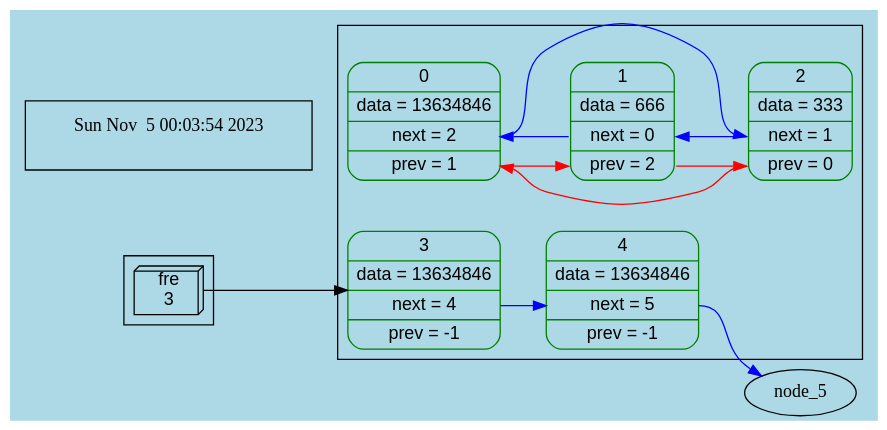
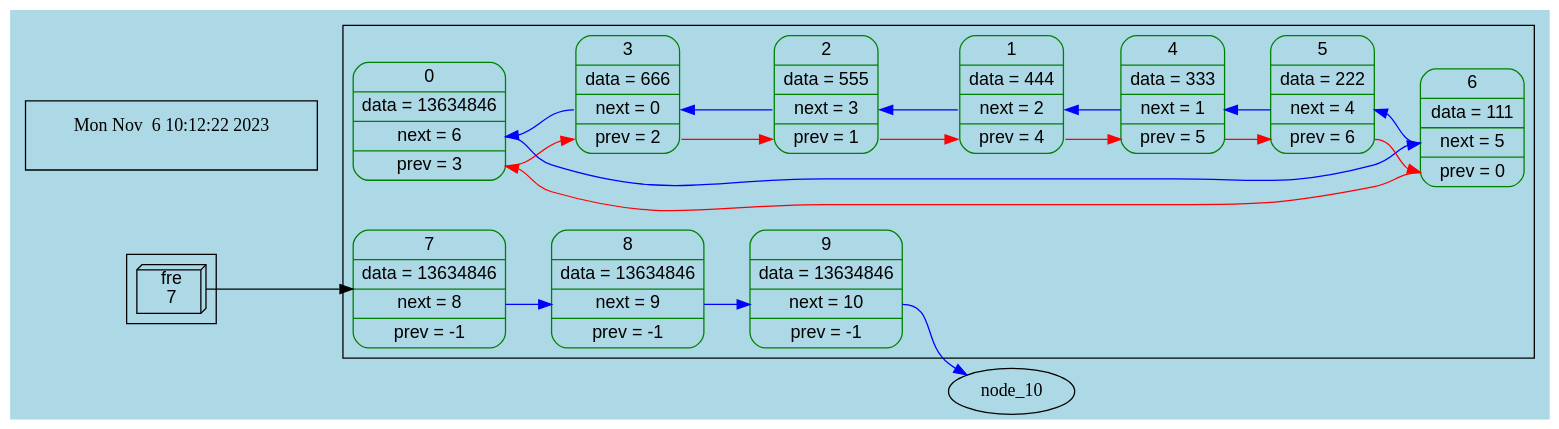
Before and after one commit to UjeNeTORT/HashFriendlyList: the diagram in graph.dot, drawn with Graphviz. The commit also changed 5 other files, not shown here.

```diff
--- a/graph.dot
+++ b/graph.dot
@@ -1,38 +1,62 @@
 digraph list_1681692777 {
 rankdir = LR
 subgraph cluster_nodes_846930886 {
     node_0 [fontname="Helvetica, Arial, sans-serif"style=rounded
 color = green
- shape = record, label = " 0 | data = 13634846 | <fnext> next = 2 | <fprev> prev = 1 "];
+ shape = record, label = " 0 | data = 13634846 | <fnext> next = 6 | <fprev> prev = 3 "];
     node_1 [fontname="Helvetica, Arial, sans-serif"style=rounded
 color = green
- shape = record, label = " 1 | data = 666 | <fnext> next = 0 | <fprev> prev = 2 "];
+ shape = record, label = " 1 | data = 444 | <fnext> next = 2 | <fprev> prev = 4 "];
     node_2 [fontname="Helvetica, Arial, sans-serif"style=rounded
 color = green
- shape = record, label = " 2 | data = 333 | <fnext> next = 1 | <fprev> prev = 0 "];
+ shape = record, label = " 2 | data = 555 | <fnext> next = 3 | <fprev> prev = 1 "];
     node_3 [fontname="Helvetica, Arial, sans-serif"style=rounded
 color = green
- shape = record, label = " 3 | data = 13634846 | <fnext> next = 4 | <fprev> prev = -1 "];
+ shape = record, label = " 3 | data = 666 | <fnext> next = 0 | <fprev> prev = 2 "];
     node_4 [fontname="Helvetica, Arial, sans-serif"style=rounded
 color = green
- shape = record, label = " 4 | data = 13634846 | <fnext> next = 5 | <fprev> prev = -1 "];
+ shape = record, label = " 4 | data = 333 | <fnext> next = 1 | <fprev> prev = 5 "];
+    node_5 [fontname="Helvetica, Arial, sans-serif"style=rounded
+color = green
+ shape = record, label = " 5 | data = 222 | <fnext> next = 4 | <fprev> prev = 6 "];
+    node_6 [fontname="Helvetica, Arial, sans-serif"style=rounded
+color = green
+ shape = record, label = " 6 | data = 111 | <fnext> next = 5 | <fprev> prev = 0 "];
+    node_7 [fontname="Helvetica, Arial, sans-serif"style=rounded
+color = green
+ shape = record, label = " 7 | data = 13634846 | <fnext> next = 8 | <fprev> prev = -1 "];
+    node_8 [fontname="Helvetica, Arial, sans-serif"style=rounded
+color = green
+ shape = record, label = " 8 | data = 13634846 | <fnext> next = 9 | <fprev> prev = -1 "];
+    node_9 [fontname="Helvetica, Arial, sans-serif"style=rounded
+color = green
+ shape = record, label = " 9 | data = 13634846 | <fnext> next = 10 | <fprev> prev = -1 "];
 }
-val_fre -> node_3;
-node_0: <fnext> -> node_2: <fnext> [color = blue];
-node_1: <fnext> -> node_0: <fnext> [color = blue];
-node_2: <fnext> -> node_1: <fnext> [color = blue];
-node_3: <fnext> -> node_4: <fnext> [color = blue];
-node_4: <fnext> -> node_5: <fnext> [color = blue];
-node_0: <fprev> -> node_1: <fprev> [color = red];
-node_1: <fprev> -> node_2: <fprev> [color = red];
-node_2: <fprev> -> node_0: <fprev> [color = red];
+val_fre -> node_7;
+node_0: <fnext> -> node_6: <fnext> [color = blue];
+node_1: <fnext> -> node_2: <fnext> [color = blue];
+node_2: <fnext> -> node_3: <fnext> [color = blue];
+node_3: <fnext> -> node_0: <fnext> [color = blue];
+node_4: <fnext> -> node_1: <fnext> [color = blue];
+node_5: <fnext> -> node_4: <fnext> [color = blue];
+node_6: <fnext> -> node_5: <fnext> [color = blue];
+node_7: <fnext> -> node_8: <fnext> [color = blue];
+node_8: <fnext> -> node_9: <fnext> [color = blue];
+node_9: <fnext> -> node_10: <fnext> [color = blue];
+node_0: <fprev> -> node_3: <fprev> [color = red];
+node_1: <fprev> -> node_4: <fprev> [color = red];
+node_2: <fprev> -> node_1: <fprev> [color = red];
+node_3: <fprev> -> node_2: <fprev> [color = red];
+node_4: <fprev> -> node_5: <fprev> [color = red];
+node_5: <fprev> -> node_6: <fprev> [color = red];
+node_6: <fprev> -> node_0: <fprev> [color = red];
 subgraph cluster_val {
      val_fre  [ shape = box3d, fontname="Helvetica, Arial, sans-serif", label = " fre
-3 "];
+7 "];
 }
 bgcolor="lightblue"
 subgraph cluster_add_info_1804289383{
-node_add_info [shape = plaintext, label = " Sun Nov  5 00:03:54 2023
+node_add_info [shape = plaintext, label = " Mon Nov  6 10:12:22 2023
  "];
 }
 }
```
